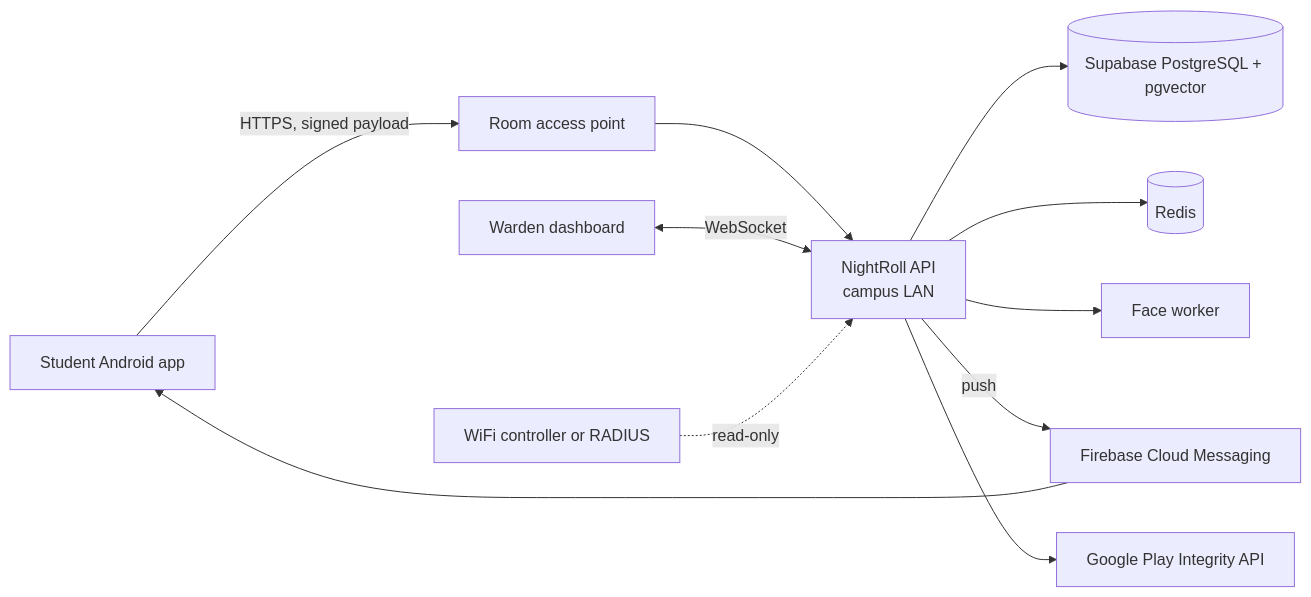
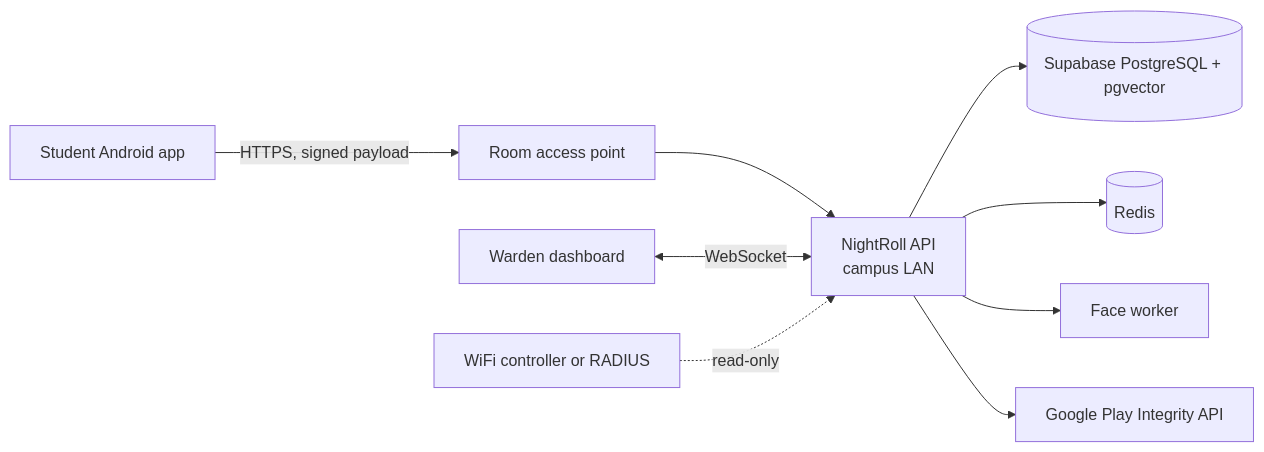
One commit to Rahul-8283/NightRoll changed the first of 3 diagrams in docs/TRD.md. Above: the diagram before and after it, drawn with Mermaid. The commit also changed other lines of this file and 14 other files, not shown here.

Commit message:
docs: replace Firebase push with open-app model across docs and phases

````diff
--- a/docs/TRD.md
+++ b/docs/TRD.md
@@ -41,13 +41,11 @@
 ```mermaid
 flowchart LR
     S["Student Android app"] -- "HTTPS, signed payload" --> AP["Room access point"]
     AP --> GW["NightRoll API<br/>campus LAN"]
     GW --> DB[("Supabase PostgreSQL + pgvector")]
     GW --> RD[("Redis")]
     GW --> FW["Face worker"]
-    GW -- "push" --> FCM["Firebase Cloud Messaging"]
-    FCM --> S
     GW --> PI["Google Play Integrity API"]
     W["Warden dashboard"] <-- "WebSocket" --> GW
     NET["WiFi controller or RADIUS"] -. "read-only" .-> GW
 ```
````
